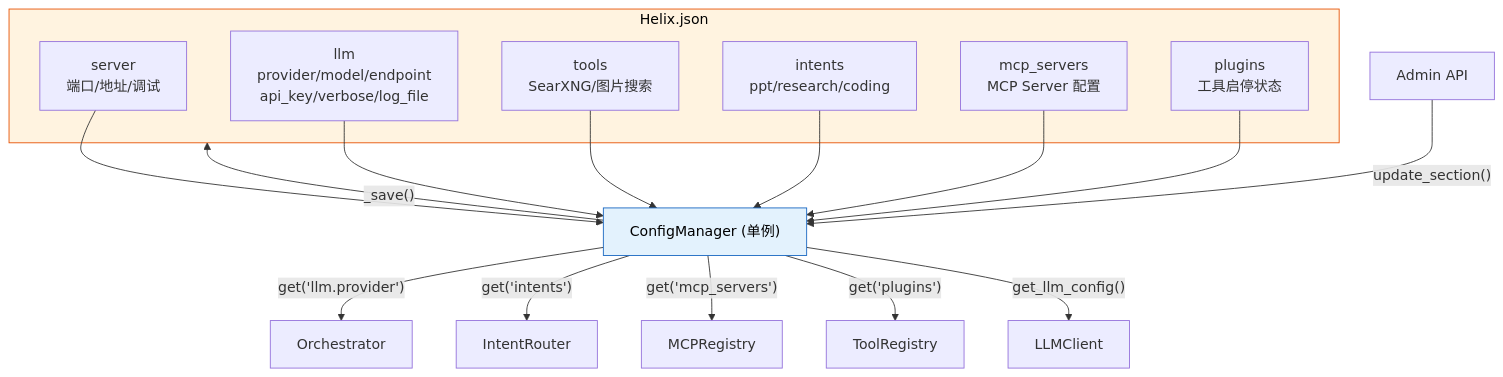
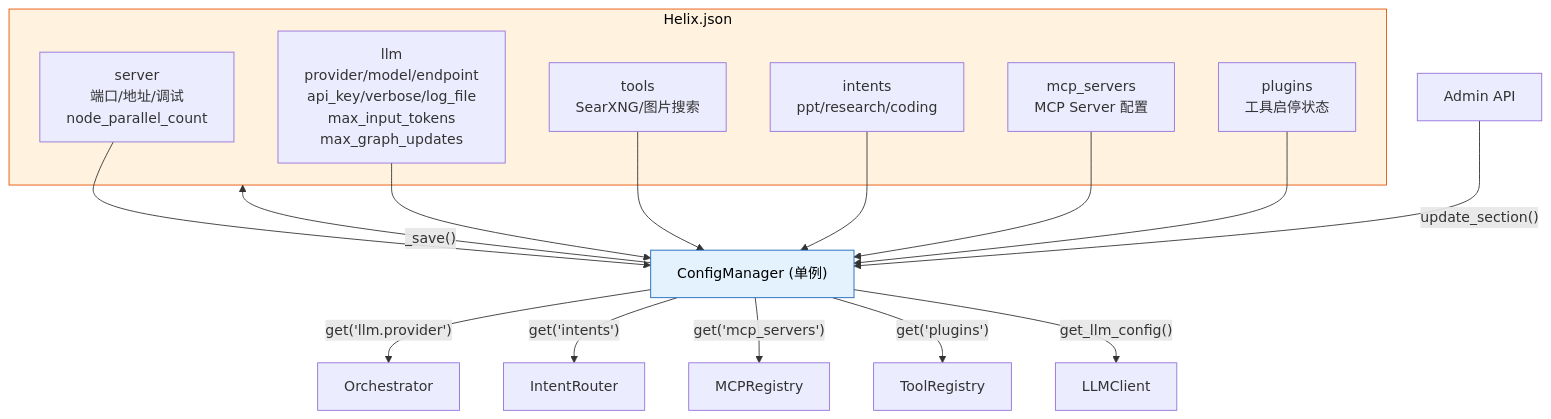
One commit to jimmylang74/Helix changed diagram 13 of 16 in doc/design.md. Above: the diagram before and after it, drawn with Mermaid. The commit also changed other lines of this file and 1 other file, not shown here.

First line of the commit message:
[docs] Update README and design doc for three-phase DAG architecture

````diff
--- a/doc/design.md
+++ b/doc/design.md
@@ -849,32 +879,32 @@
 ```mermaid
 graph TB
     subgraph Config["Helix.json"]
-        S["server<br/>端口/地址/调试"]
-        L["llm<br/>provider/model/endpoint<br/>api_key/verbose/log_file"]
+        S["server<br/>端口/地址/调试<br/>node_parallel_count"]
+        L["llm<br/>provider/model/endpoint<br/>api_key/verbose/log_file<br/>max_input_tokens<br/>max_graph_updates"]
         T["tools<br/>SearXNG/图片搜索"]
         I["intents<br/>ppt/research/coding"]
         M["mcp_servers<br/>MCP Server 配置"]
         P["plugins<br/>工具启停状态"]
     end
 
     CM["ConfigManager (单例)"]
 
     S --> CM
     L --> CM
     T --> CM
     I --> CM
     M --> CM
     P --> CM
 
     CM -->|"get('llm.provider')"| ORCH["Orchestrator"]
     CM -->|"get('intents')"| IR["IntentRouter"]
     CM -->|"get('mcp_servers')"| MR["MCPRegistry"]
     CM -->|"get('plugins')"| TR["ToolRegistry"]
     CM -->|"get_llm_config()"| LLM["LLMClient"]
 
     ADMIN["Admin API"] -->|"update_section()"| CM
     CM -->|"_save()"| Config
 
     style Config fill:#fff3e0,stroke:#e65100,color:#000
     style CM fill:#e3f2fd,stroke:#1565c0,color:#000
 ```
````
